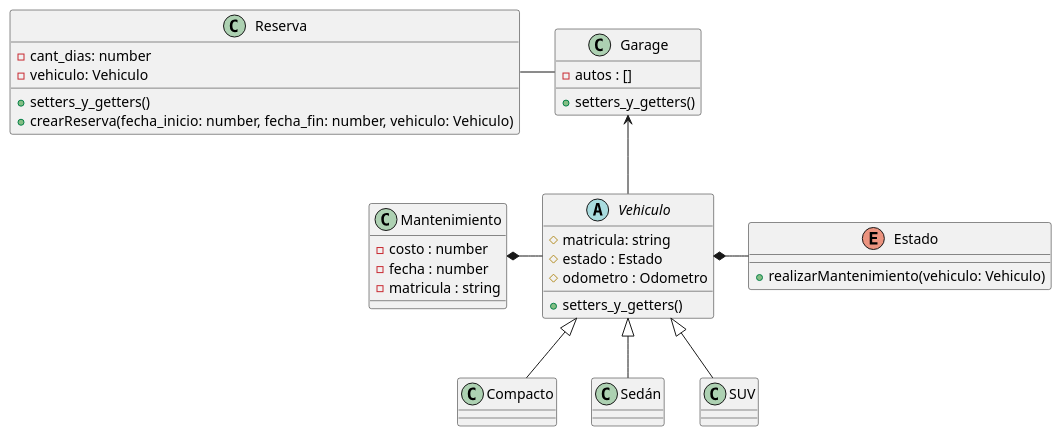
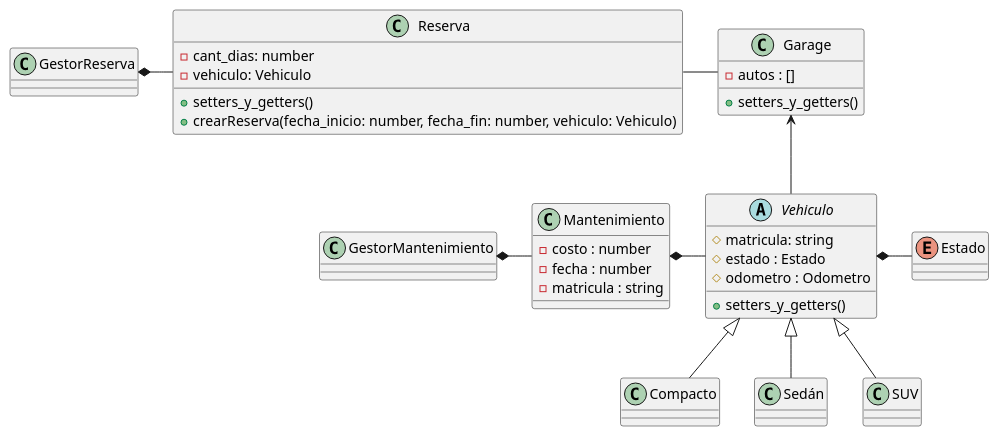
Before and after one commit to AlejoSuarez-37/Trabajo-Practico-Grupo16: the diagram in diagramas/clases.puml, drawn with PlantUML.

Commit message:
se avanzo en el diagrama de clases

```diff
--- a/diagramas/clases.puml
+++ b/diagramas/clases.puml
@@ -1,57 +1,66 @@
 @startuml Diagrama de clases
 
-abstract class Vehiculo {
-    # matricula: string
-    # estado : Estado
-    # odometro : Odometro 
-    + setters_y_getters()
-}
 
 class Garage {
     - autos : []
 
     + setters_y_getters()
 }
 
-
-class Mantenimiento {
-    - costo : number
-    - fecha : number
-    - matricula : string
-}
-
-class Reserva {
-    - cant_dias: number
-    - vehiculo: Vehiculo
-
+abstract class Vehiculo {
+    # matricula: string
+    # estado : Estado
+    # odometro : Odometro 
     + setters_y_getters()
-    + crearReserva(fecha_inicio: number, fecha_fin: number, vehiculo: Vehiculo)
-}
-
-enum Estado {
-    + realizarMantenimiento(vehiculo: Vehiculo)
 }
 
 class Compacto {
 
 }
 class Sedán {
 
 }
 class SUV {
 
 }
 
+class Mantenimiento {
+    - costo : number
+    - fecha : number
+    - matricula : string
+}
+
+class GestorMantenimiento{
+
+}
+
+class Reserva {
+    - cant_dias: number
+    - vehiculo: Vehiculo
+
+    + setters_y_getters()
+    + crearReserva(fecha_inicio: number, fecha_fin: number, vehiculo: Vehiculo)
+}
+
+class GestorReserva{
+
+}
+
+enum Estado {
+
+}
+
 ' Relaciones
-
+Garage <-d- Vehiculo
 Vehiculo  *-r- Estado
 Reserva -r- Garage
-Garage <-d- Vehiculo
+GestorReserva *-r- Reserva
 Mantenimiento *-r- Vehiculo 
+GestorMantenimiento *-r- Mantenimiento
 
 Vehiculo  <|-d- Compacto
 Vehiculo  <|-d- Sedán
 Vehiculo <|-d- SUV
 
 
 @enduml
```
